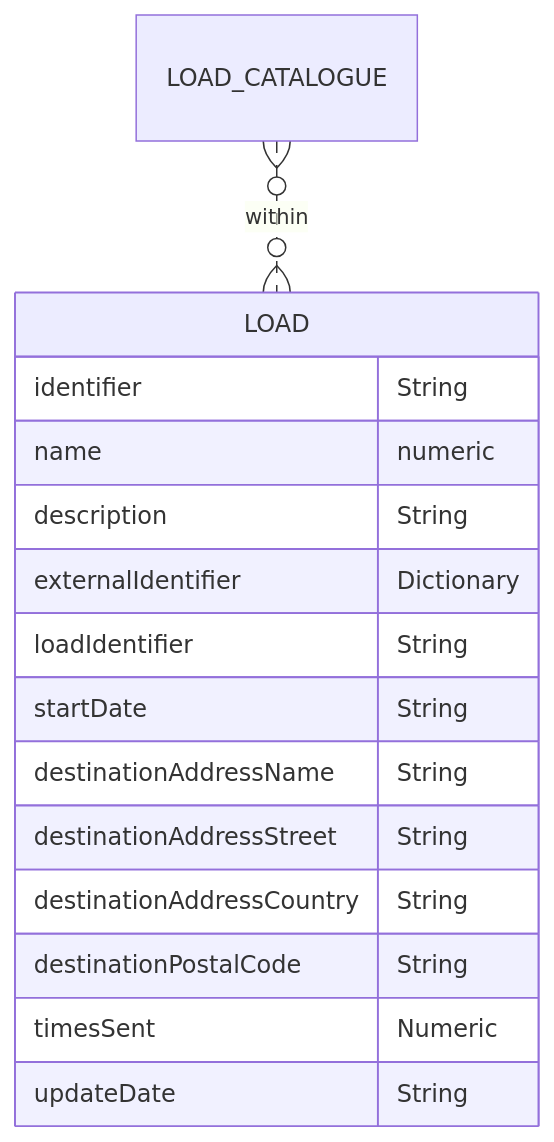
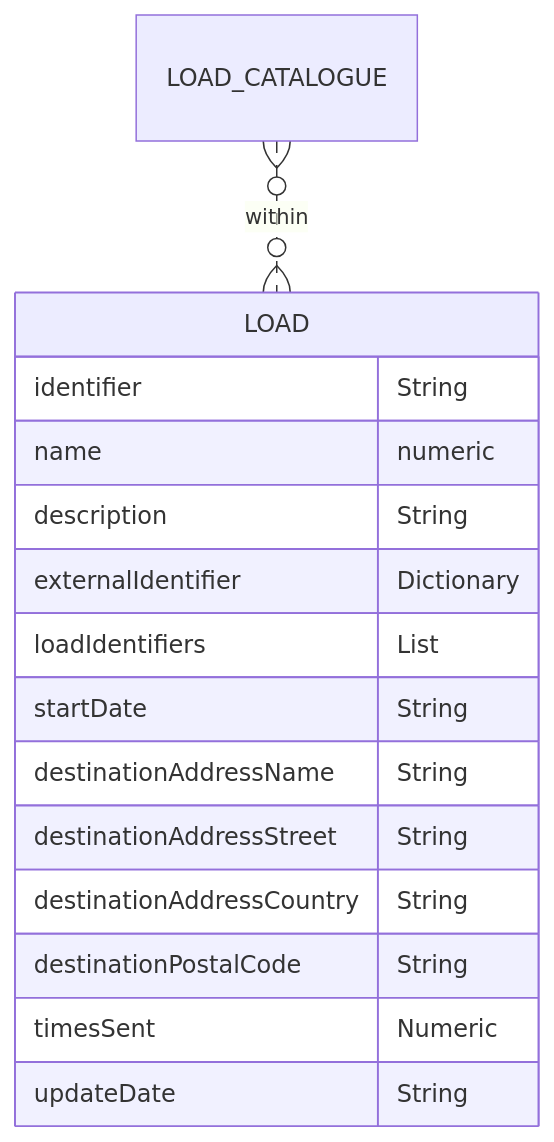
The diagram in docs/3_Data_Specification/3_7_Load.md (OpenDataManchester/Open3P), drawn with Mermaid before and after one commit. The commit also changed other lines of this file and 2 other files, not shown here.

Commit message:
Multipack, Load Catalogue and Load improvements

````diff
--- a/docs/3_Data_Specification/3_7_Load.md
+++ b/docs/3_Data_Specification/3_7_Load.md
@@ -29,18 +29,18 @@
 ``` mermaid
 erDiagram
 LOAD_CATALOGUE }o..o{ LOAD : within
   LOAD {
     identifier String
     name numeric
     description String
     externalIdentifier Dictionary
-    loadIdentifier String
+    loadIdentifiers List
     startDate String
     destinationAddressName String
     destinationAddressStreet String
     destinationAddressCountry String
     destinationPostalCode String
     timesSent Numeric
     updateDate String
   }
 ```
````
